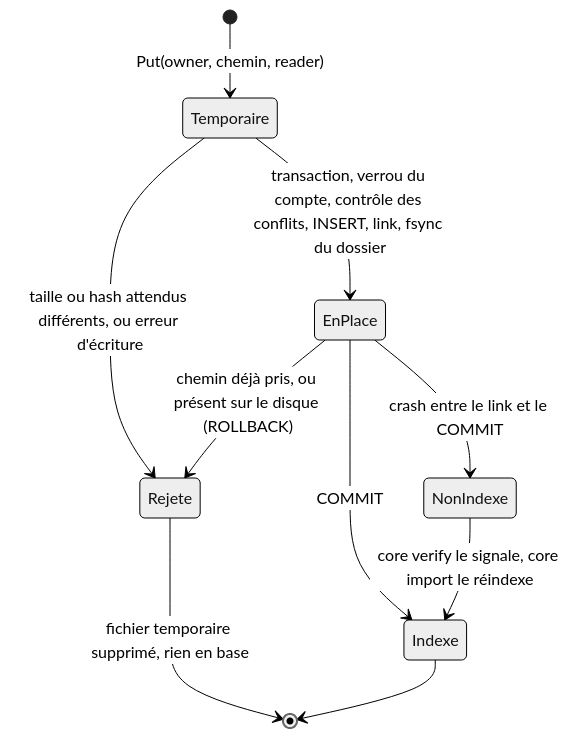
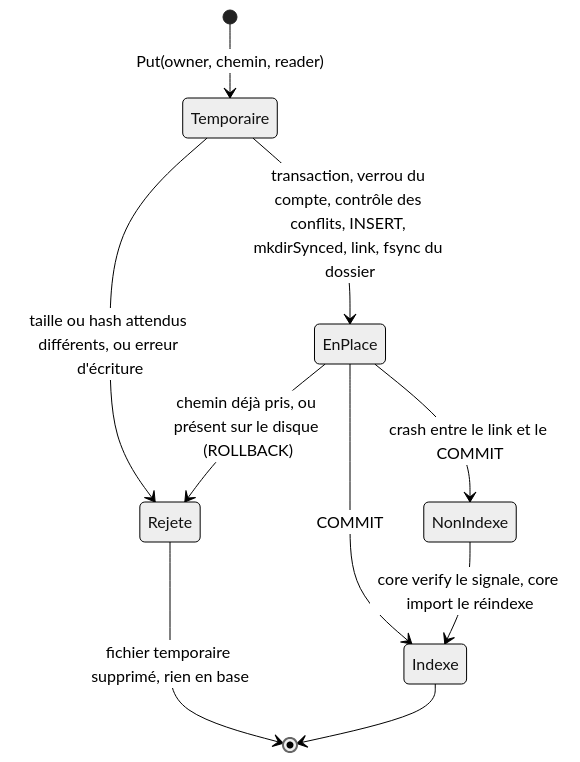
The first of 7 diagrams in docs/architecture/storage.md (C2-POLY/cloud-os), drawn with Mermaid (neutral theme) before and after one commit. The commit also changed other lines of this file and 17 other files, not shown here.

````diff
--- a/docs/architecture/storage.md
+++ b/docs/architecture/storage.md
@@ -40,12 +41,12 @@
 ```mermaid
 stateDiagram-v2
     [*] --> Temporaire: Put(owner, chemin, reader)
     Temporaire --> Rejete: taille ou hash attendus différents, ou erreur d'écriture
     Rejete --> [*]: fichier temporaire supprimé, rien en base
-    Temporaire --> EnPlace: transaction, verrou du compte, contrôle des conflits, INSERT, link, fsync du dossier
+    Temporaire --> EnPlace: transaction, verrou du compte, contrôle des conflits, INSERT, mkdirSynced, link, fsync du dossier
     EnPlace --> Rejete: chemin déjà pris, ou présent sur le disque (ROLLBACK)
     EnPlace --> Indexe: COMMIT
     EnPlace --> NonIndexe: crash entre le link et le COMMIT
     NonIndexe --> Indexe: core verify le signale, core import le réindexe
     Indexe --> [*]
 ```
````
